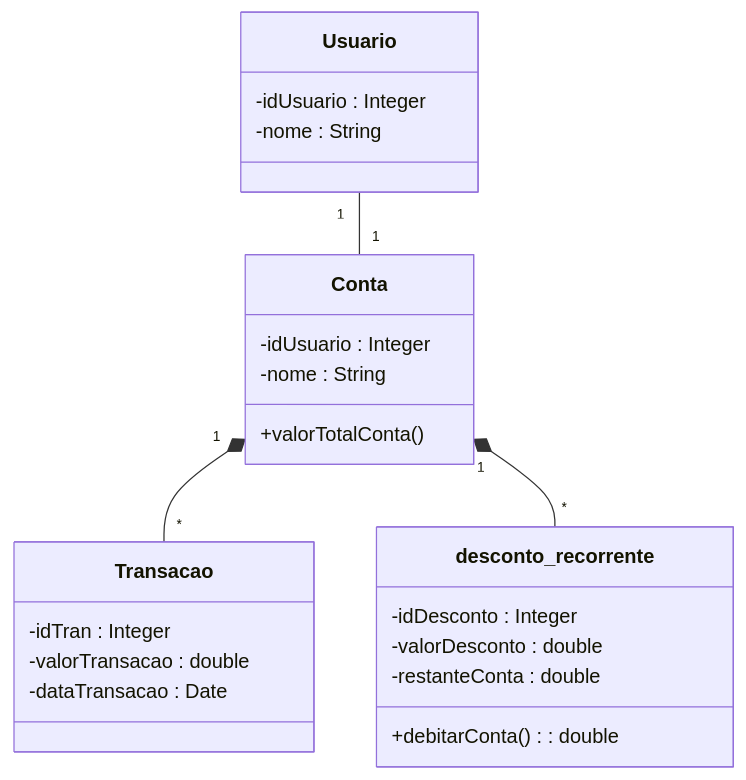
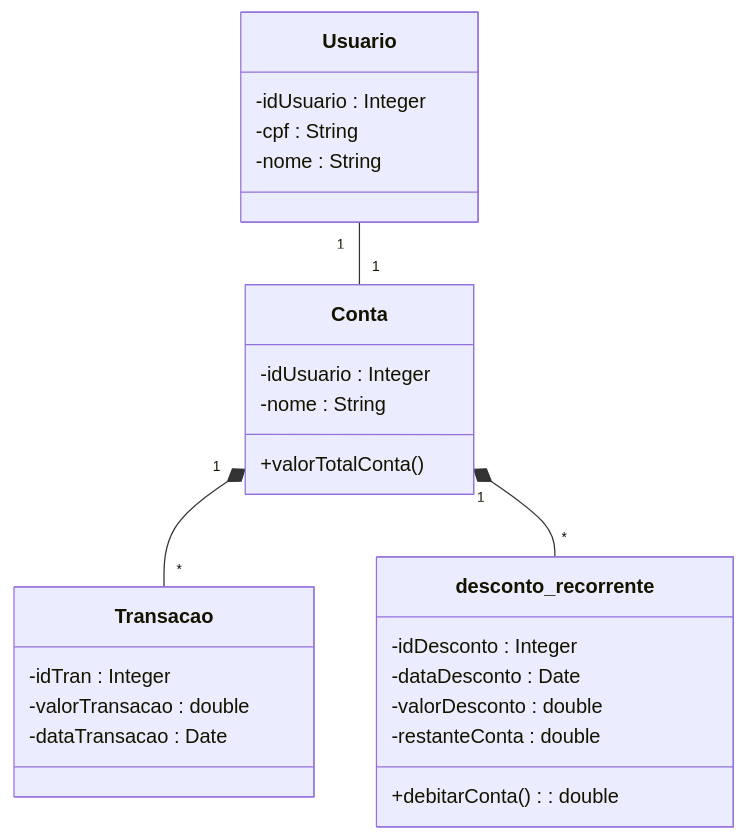
Before and after one commit to J0aoPaulo/data-persistence-jpa-crud: the diagram in mermaid.md, drawn with Mermaid. The commit also changed 3 other files, not shown here.

````diff
--- a/mermaid.md
+++ b/mermaid.md
@@ -1,31 +1,33 @@
 ```mermaid
 classDiagram
 Usuario "1" -- "1" Conta
 Conta "1" *-- "*" Transacao
 Conta "1" *-- "*" desconto_recorrente
 
 
 class Usuario {
 -idUsuario : Integer
+-cpf : String
 -nome : String
 }
 
 class Transacao {
 -idTran : Integer
 -valorTransacao : double
 -dataTransacao : Date
 }
 
 class Conta {
 -idUsuario : Integer
 -nome : String
 +valorTotalConta()
 }
 
 class desconto_recorrente {
 -idDesconto : Integer
+-dataDesconto : Date
 -valorDesconto : double
 -restanteConta : double
 +debitarConta() : double
 }
 ```
````
